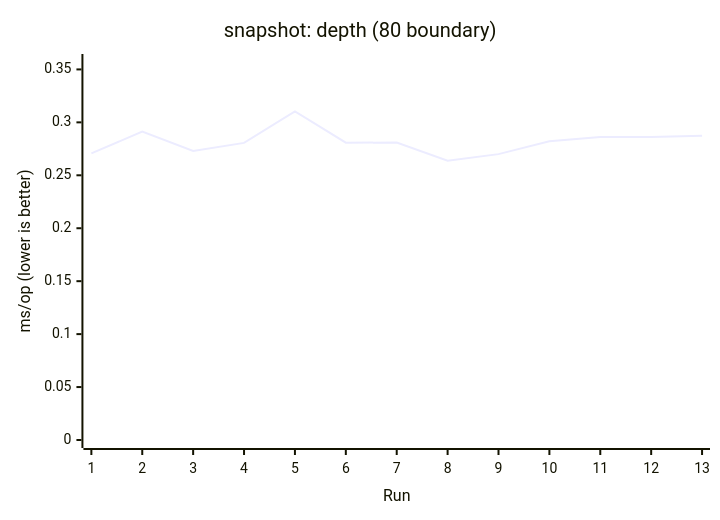
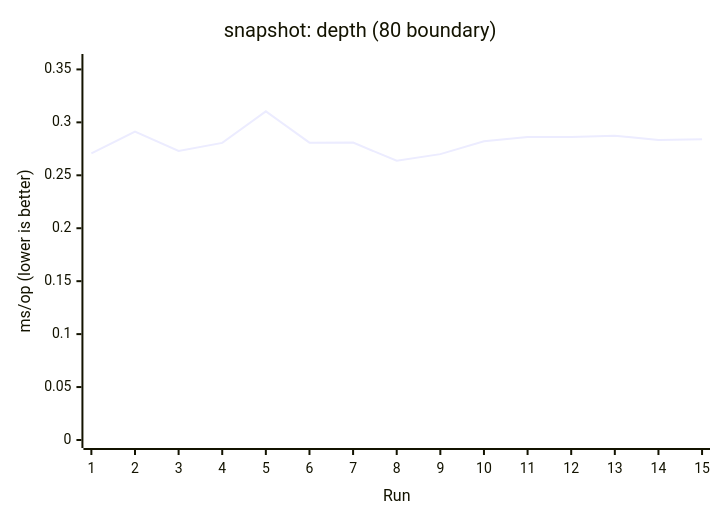
One commit to AIluffy/io changed the second of 17 diagrams in apps/docs/src/content/docs/en/guides/benchmark.mdx. Above: the diagram before and after it, drawn with Mermaid. The commit also changed other lines of this file and 7 other files, not shown here.

````diff
--- a/apps/docs/src/content/docs/en/guides/benchmark.mdx
+++ b/apps/docs/src/content/docs/en/guides/benchmark.mdx
@@ -193,7 +195,7 @@
 ```mermaid
 xychart-beta
   title "snapshot: depth (80 boundary)"
-  x-axis "Run" [1, 2, 3, 4, 5, 6, 7, 8, 9, 10, 11, 12, 13]
+  x-axis "Run" [1, 2, 3, 4, 5, 6, 7, 8, 9, 10, 11, 12, 13, 14, 15]
   y-axis "ms/op (lower is better)" 0 --> 0.357
-  line [0.2707, 0.2912, 0.273, 0.2806, 0.3104, 0.2808, 0.2809, 0.2637, 0.27, 0.2822, 0.2861, 0.2861, 0.2873]
+  line [0.2707, 0.2912, 0.273, 0.2806, 0.3104, 0.2808, 0.2809, 0.2637, 0.27, 0.2822, 0.2861, 0.2861, 0.2873, 0.2834, 0.2841]
 ```
````
